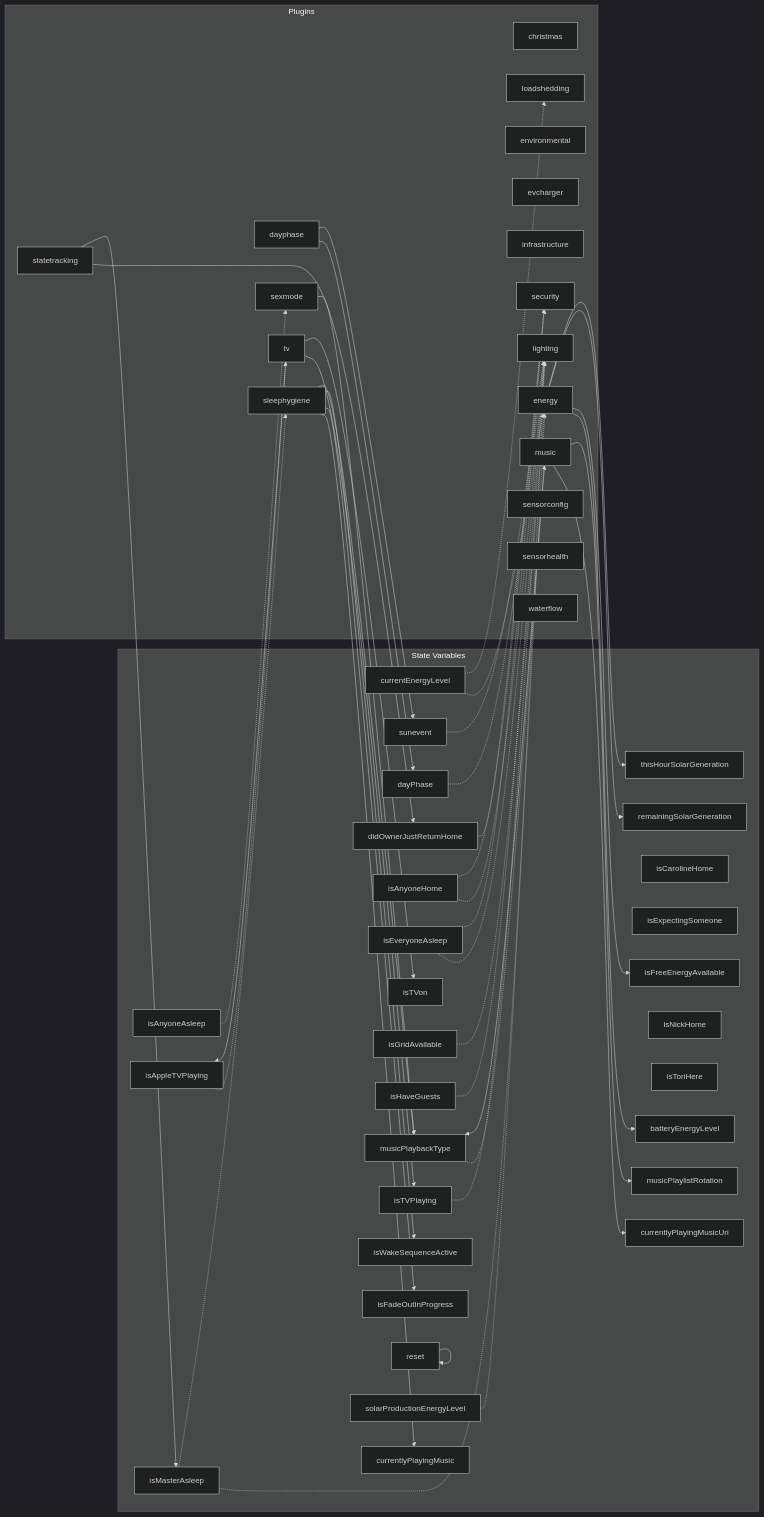
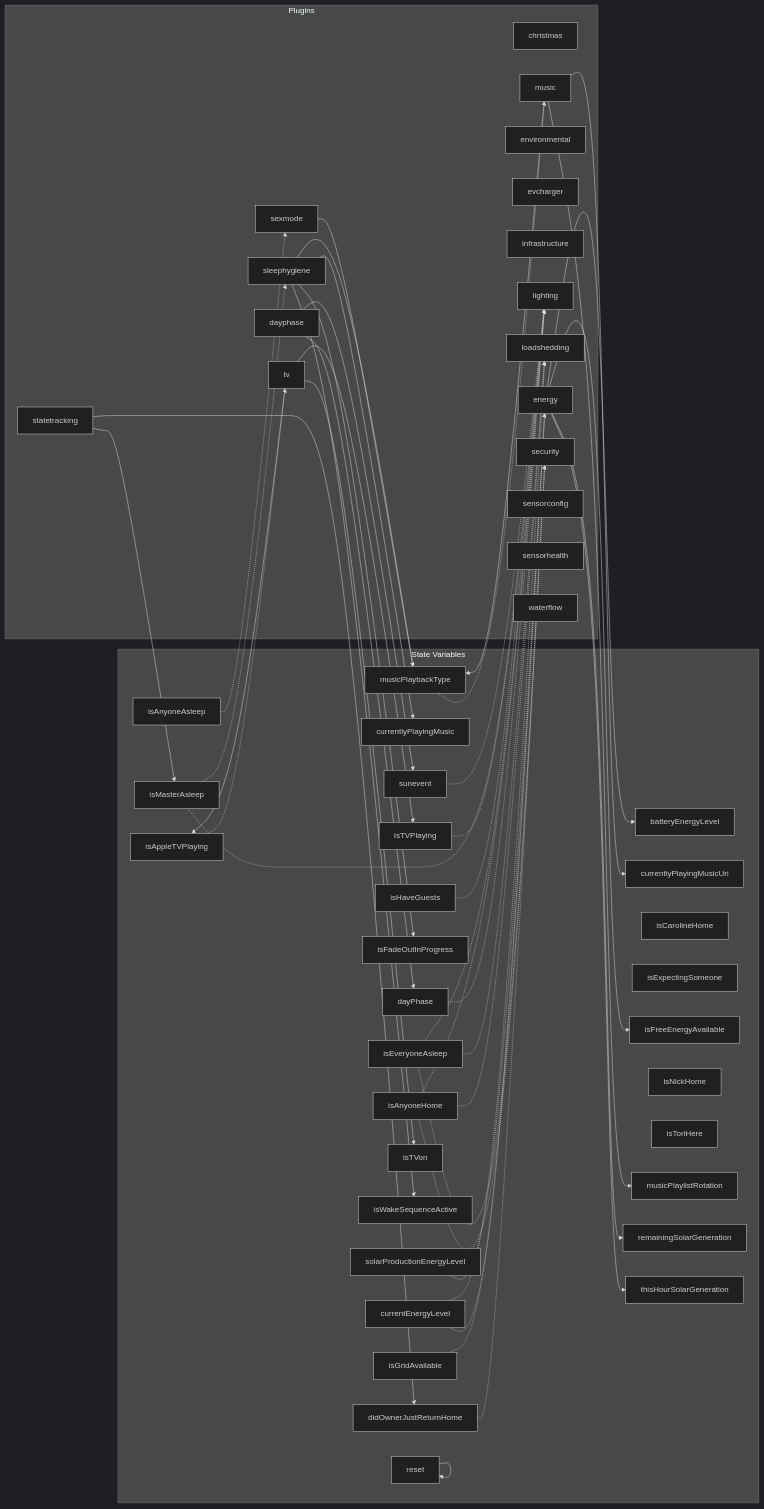
One commit to NickBorgers/home-automation changed the diagram in docs/generated/plugin-dependencies.md. Above: the diagram before and after it, drawn with Mermaid (dark theme). The commit also changed 1 other file, not shown here.

Commit message:
docs: Update generated diagrams for thermal battery subscriptions
Regenerate plugin-dependencies.md and state-variable-matrix.md to
reflect the new isAnyoneHome and isEveryoneAsleep subscriptions added
to the loadshedding plugin for thermal battery guard conditions.

```diff
--- a/docs/generated/plugin-dependencies.md
+++ b/docs/generated/plugin-dependencies.md
@@ -69,6 +69,8 @@
     isTVPlaying -.-> lighting
     sunevent -.-> lighting
     currentEnergyLevel -.-> loadshedding
+    isAnyoneHome -.-> loadshedding
+    isEveryoneAsleep -.-> loadshedding
     musicPlaybackType -.-> music
     reset -.-> reset
     didOwnerJustReturnHome -.-> security
```
